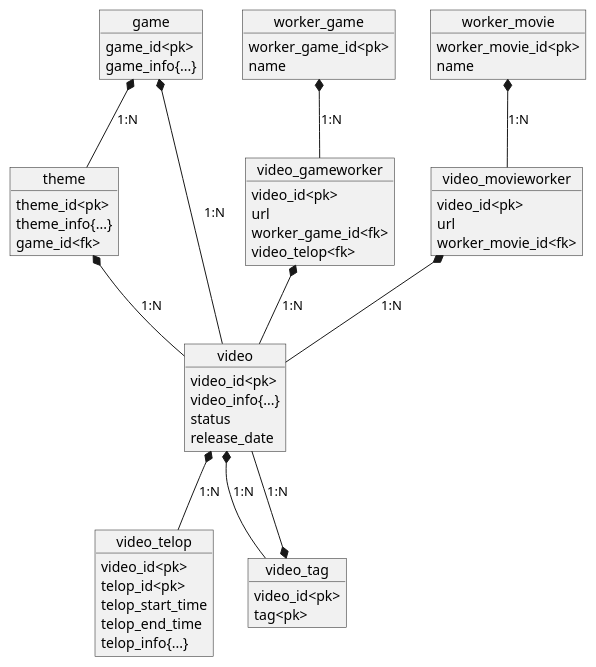
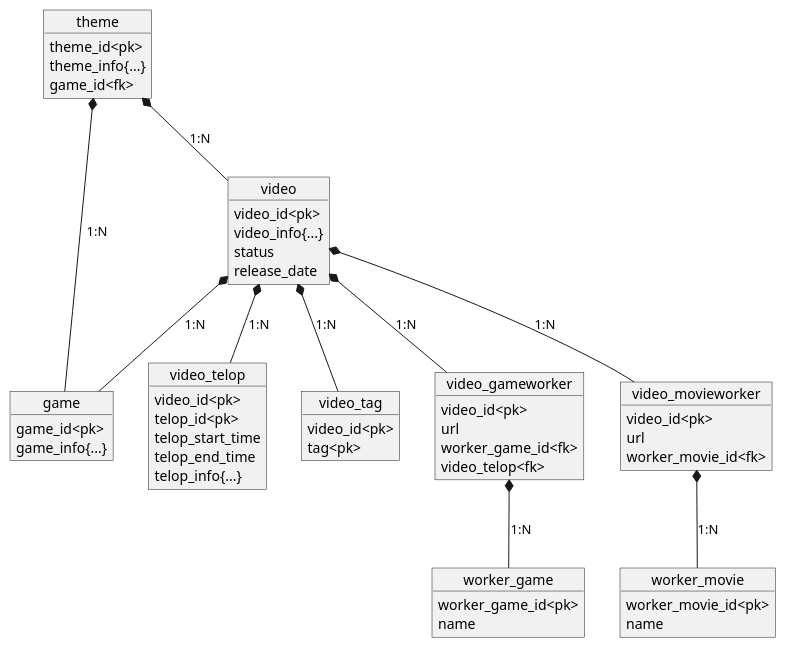
One commit to aknoda29/wp changed the diagram in create_video_ER.md. Above: the diagram before and after it, drawn with PlantUML.

````diff
--- a/create_video_ER.md
+++ b/create_video_ER.md
@@ -1,64 +1,63 @@
 ```uml
 @startuml
 ' -- Theme --------------------
 object theme {
   theme_id<pk>
   theme_info{...}
   game_id<fk>
 }
 ' -- Game --------------------
 object game {
   game_id<pk>
   game_info{...}
 }
 ' -- Video -------------------
 object video {
   video_id<pk>
   video_info{...}
   status
   release_date
 }
 object video_telop {
   video_id<pk>
   telop_id<pk>
   telop_start_time
   telop_end_time
   telop_info{...}
 }
 object video_tag {
   video_id<pk>
   tag<pk>
 }
 object video_gameworker {
   video_id<pk>
   url
   worker_game_id<fk>
   video_telop<fk>
 }
 object video_movieworker {
   video_id<pk>
   url
   worker_movie_id<fk>
 }
 ' -- Worker -------------------
 object worker_game {
    worker_game_id<pk>
    name
 }
 object worker_movie {
    worker_movie_id<pk>
    name
 }
 ' -- Diagram -----------------
-game *-- video : 1:N
+video *-- game : 1:N
 video *-- video_telop : 1:N
 video *-- video_tag : 1:N
-game *-- theme : 1:N
+theme *-- game : 1:N
 theme *-- video : 1:N
-video_gameworker *-- video : 1:N
-video_movieworker *-- video : 1:N
-worker_game *-- video_gameworker : 1:N
-worker_movie *-- video_movieworker : 1:N
-video_tag *-- video : 1:N
+video *-- video_gameworker : 1:N
+video *-- video_movieworker : 1:N
+video_gameworker *-- worker_game : 1:N
+video_movieworker *-- worker_movie : 1:N
 @enduml
 ```
````
